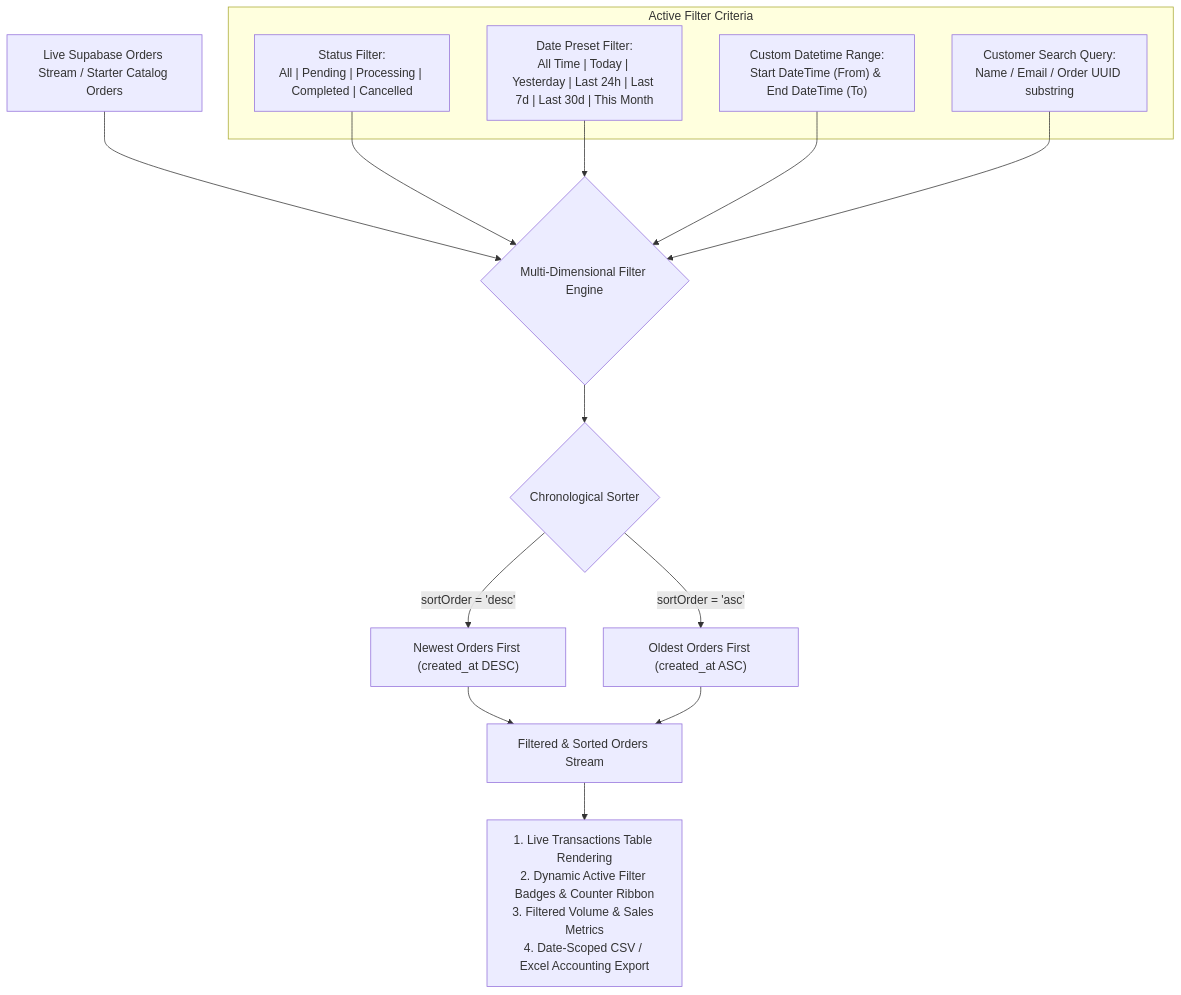
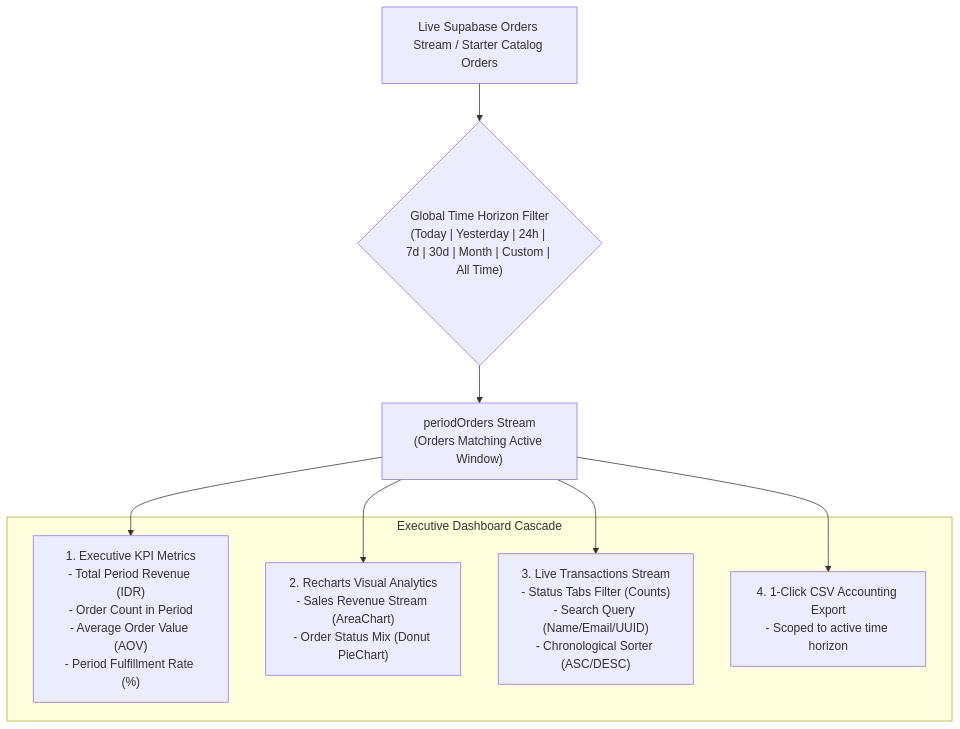
Before and after one commit to aam19azmi/Mini-E-Commerce-and-Realtime-Dashboard: the eighth of 8 diagrams in docs/SYSTEM_FLOWCHART.md, drawn with Mermaid. The commit also changed other lines of this file and 7 other files, not shown here.

````diff
--- a/docs/SYSTEM_FLOWCHART.md
+++ b/docs/SYSTEM_FLOWCHART.md
@@ -165,25 +165,18 @@
 ```mermaid
 flowchart TD
-    OrdersIn["Live Supabase Orders Stream / Starter Catalog Orders"] --> FilterEngine{"Multi-Dimensional Filter Engine"}
+    OrdersIn["Live Supabase Orders Stream / Starter Catalog Orders"] --> GlobalDateFilter{"Global Time Horizon Filter<br/>(Today | Yesterday | 24h | 7d | 30d | Month | Custom | All Time)"}
     
-    subgraph Filters["Active Filter Criteria"]
-        F1["Status Filter:<br/>All | Pending | Processing | Completed | Cancelled"]
-        F2["Date Preset Filter:<br/>All Time | Today | Yesterday | Last 24h | Last 7d | Last 30d | This Month"]
-        F3["Custom Datetime Range:<br/>Start DateTime (From) & End DateTime (To)"]
-        F4["Customer Search Query:<br/>Name / Email / Order UUID substring"]
+    GlobalDateFilter --> PeriodOrders["periodOrders Stream<br/>(Orders Matching Active Window)"]
+    
+    subgraph Cascade["Executive Dashboard Cascade"]
+        KPICards["1. Executive KPI Metrics<br/>- Total Period Revenue (IDR)<br/>- Order Count in Period<br/>- Average Order Value (AOV)<br/>- Period Fulfillment Rate (%)"]
+        Charts["2. Recharts Visual Analytics<br/>- Sales Revenue Stream (AreaChart)<br/>- Order Status Mix (Donut PieChart)"]
+        TableFeed["3. Live Transactions Stream<br/>- Status Tabs Filter (Counts)<br/>- Search Query (Name/Email/UUID)<br/>- Chronological Sorter (ASC/DESC)"]
+        CSVFeed["4. 1-Click CSV Accounting Export<br/>- Scoped to active time horizon"]
     end
     
-    F1 --> FilterEngine
-    F2 --> FilterEngine
-    F3 --> FilterEngine
-    F4 --> FilterEngine
-    
-    FilterEngine --> Sorter{"Chronological Sorter"}
-    Sorter -->|"sortOrder = 'desc'"| S1["Newest Orders First (created_at DESC)"]
-    Sorter -->|"sortOrder = 'asc'"| S2["Oldest Orders First (created_at ASC)"]
-    
-    S1 --> Output["Filtered & Sorted Orders Stream"]
-    S2 --> Output
-    
-    Output --> UI["1. Live Transactions Table Rendering<br/>2. Dynamic Active Filter Badges & Counter Ribbon<br/>3. Filtered Volume & Sales Metrics<br/>4. Date-Scoped CSV / Excel Accounting Export"]
+    PeriodOrders --> KPICards
+    PeriodOrders --> Charts
+    PeriodOrders --> TableFeed
+    PeriodOrders --> CSVFeed
 ```
````
